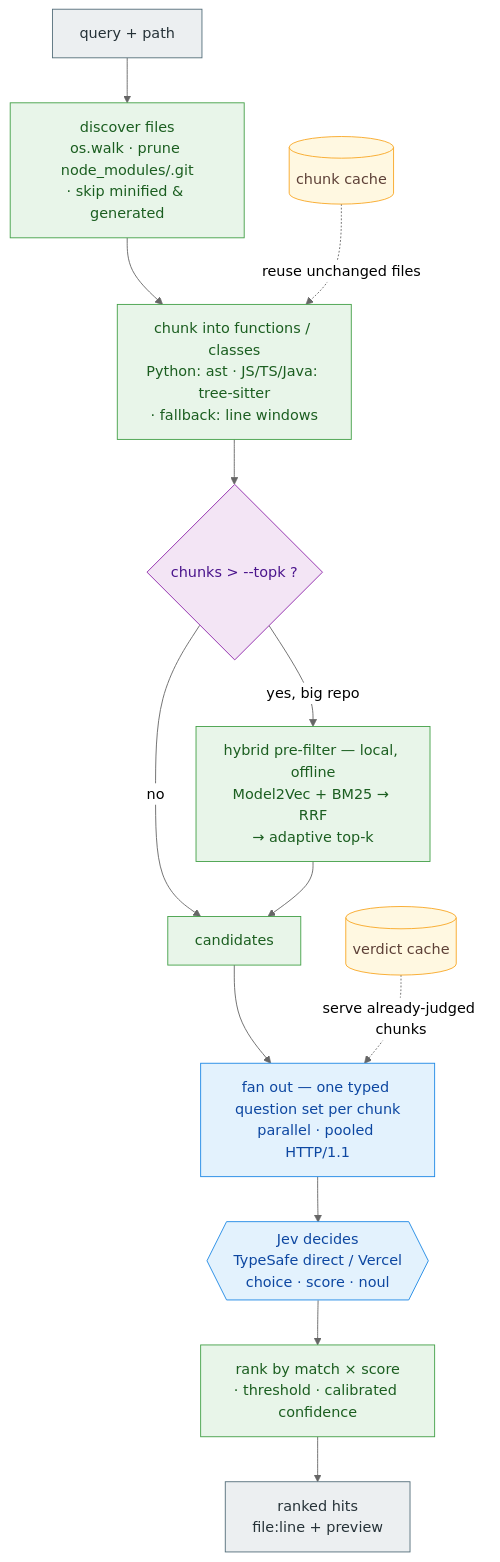
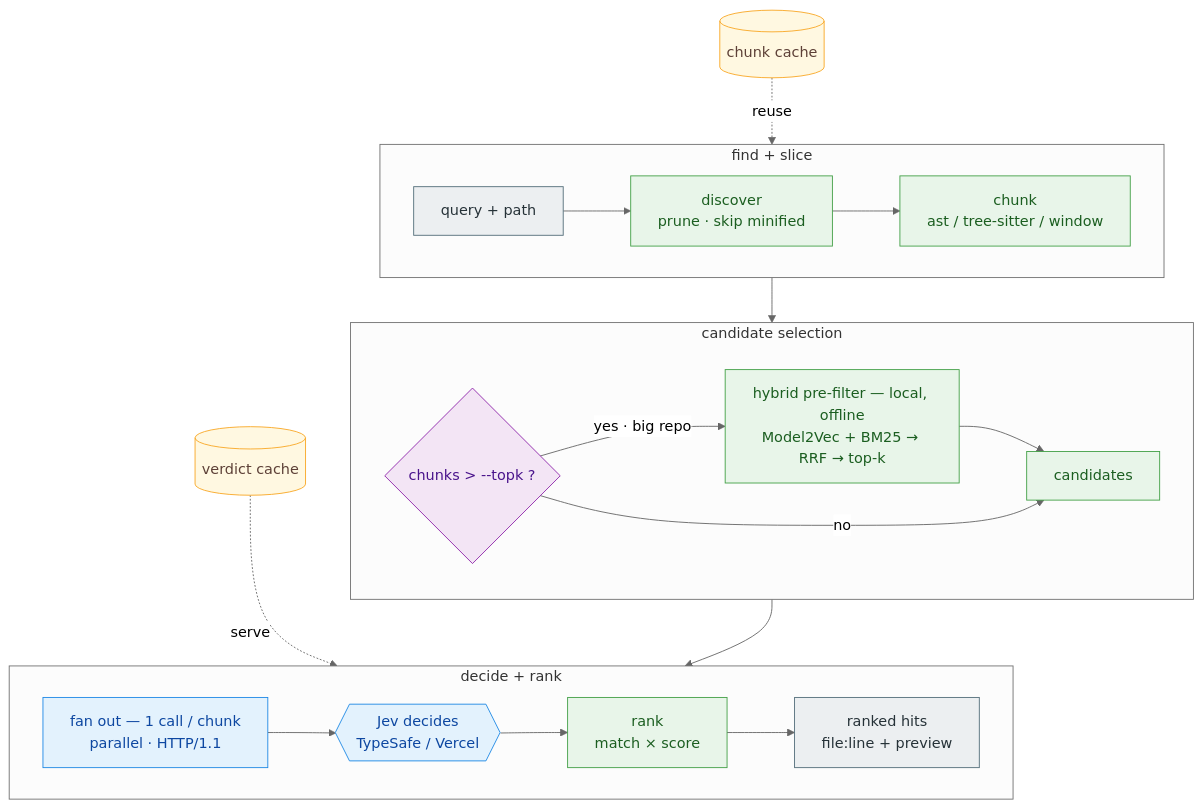
The diagram in README.md (Lagnajit09/sgrep), drawn with Mermaid (neutral theme) before and after one commit. The commit also changed 1 other file, not shown here.

Commit message:
sgrep 0.1.0

````diff
--- a/README.md
+++ b/README.md
@@ -38,21 +38,26 @@
 ```mermaid
-flowchart TD
-    Q["query + path"]:::io --> D["discover files<br/>os.walk · prune node_modules/.git<br/>· skip minified & generated"]:::local
-    D --> C["chunk into functions / classes<br/>Python: ast · JS/TS/Java: tree-sitter<br/>· fallback: line windows"]:::local
-    K1[("chunk cache")]:::cache -. reuse unchanged files .-> C
-    C --> DEC{"chunks &gt; --topk ?"}:::decide
-    DEC -->|no| CAND["candidates"]:::local
-    DEC -->|yes, big repo| PF["hybrid pre-filter — local, offline<br/>Model2Vec + BM25 → RRF<br/>→ adaptive top-k"]:::local
-    PF --> CAND
-    CAND --> FO["fan out — one typed question set per chunk<br/>parallel · pooled HTTP/1.1"]:::remote
-    K2[("verdict cache")]:::cache -. serve already-judged chunks .-> FO
-    FO --> JEV{{"Jev decides<br/>TypeSafe direct / Vercel<br/>choice · score · noul"}}:::remote
-    JEV --> RANK["rank by match × score<br/>· threshold · calibrated confidence"]:::local
-    RANK --> OUT["ranked hits<br/>file:line + preview"]:::io
+flowchart TB
+    subgraph P [" find + slice "]
+      direction LR
+      Q["query + path"]:::io --> D["discover<br/>prune · skip minified"]:::local --> C["chunk<br/>ast / tree-sitter / window"]:::local
+    end
+    subgraph SEL [" candidate selection "]
+      direction LR
+      DEC{"chunks &gt; --topk ?"}:::decide -->|"yes · big repo"| PF["hybrid pre-filter — local, offline<br/>Model2Vec + BM25 → RRF → top-k"]:::local --> CAND["candidates"]:::local
+      DEC -->|no| CAND
+    end
+    subgraph J [" decide + rank "]
+      direction LR
+      FO["fan out — 1 call / chunk<br/>parallel · HTTP/1.1"]:::remote --> JEV{{"Jev decides<br/>TypeSafe / Vercel"}}:::remote --> RANK["rank<br/>match × score"]:::local --> OUT["ranked hits<br/>file:line + preview"]:::io
+    end
+    C --> DEC
+    CAND --> FO
+    K1[("chunk cache")]:::cache -. reuse .-> C
+    K2[("verdict cache")]:::cache -. serve .-> FO
 
     classDef local fill:#e8f5e9,stroke:#43a047,color:#1b5e20;
     classDef remote fill:#e3f2fd,stroke:#1e88e5,color:#0d47a1;
     classDef cache fill:#fff8e1,stroke:#f9a825,color:#5d4037;
     classDef decide fill:#f3e5f5,stroke:#8e24aa,color:#4a148c;
     classDef io fill:#eceff1,stroke:#546e7a,color:#263238;
 ```
````
